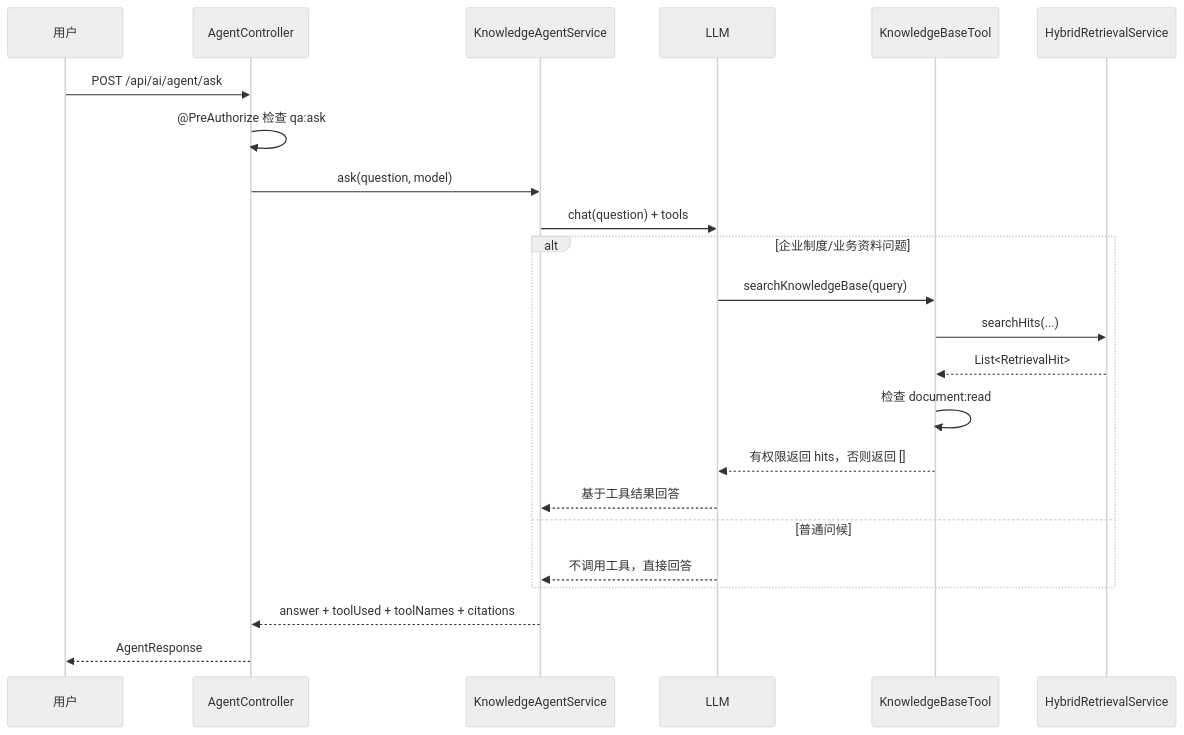
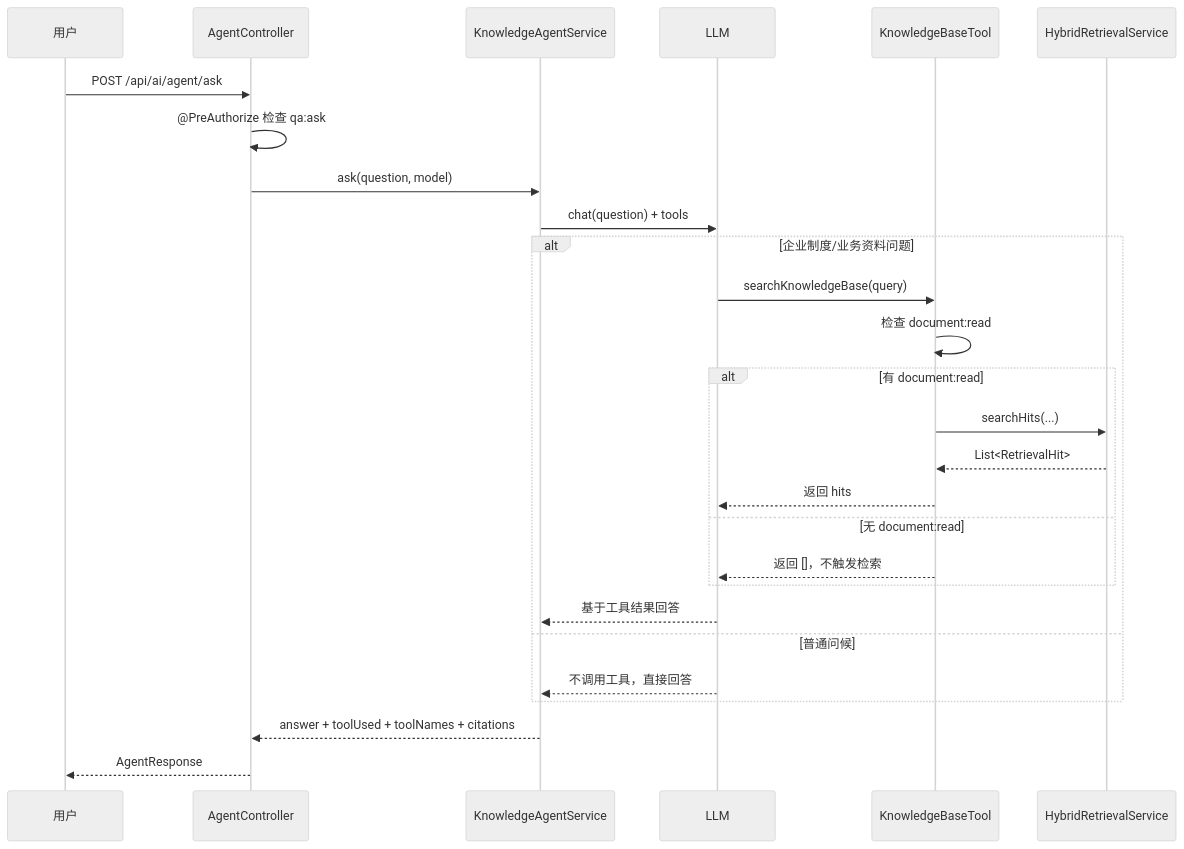
The third of 3 diagrams in docs/02-architecture-and-call-chain.md (acvz1/enterprise-agent), drawn with Mermaid (neutral theme) before and after one commit. The commit also changed other lines of this file and 51 other files, not shown here.

````diff
--- a/docs/02-architecture-and-call-chain.md
+++ b/docs/02-architecture-and-call-chain.md
@@ -189,26 +189,30 @@
 ```mermaid
 sequenceDiagram
     participant U as 用户
     participant C as AgentController
     participant S as KnowledgeAgentService
     participant L as LLM
     participant T as KnowledgeBaseTool
     participant H as HybridRetrievalService
 
     U->>C: POST /api/ai/agent/ask
     C->>C: @PreAuthorize 检查 qa:ask
     C->>S: ask(question, model)
     S->>L: chat(question) + tools
     alt 企业制度/业务资料问题
         L->>T: searchKnowledgeBase(query)
-        T->>H: searchHits(...)
-        H-->>T: List<RetrievalHit>
         T->>T: 检查 document:read
-        T-->>L: 有权限返回 hits，否则返回 []
+        alt 有 document:read
+            T->>H: searchHits(...)
+            H-->>T: List<RetrievalHit>
+            T-->>L: 返回 hits
+        else 无 document:read
+            T-->>L: 返回 []，不触发检索
+        end
         L-->>S: 基于工具结果回答
     else 普通问候
         L-->>S: 不调用工具，直接回答
     end
     S-->>C: answer + toolUsed + toolNames + citations
     C-->>U: AgentResponse
 ```
````
